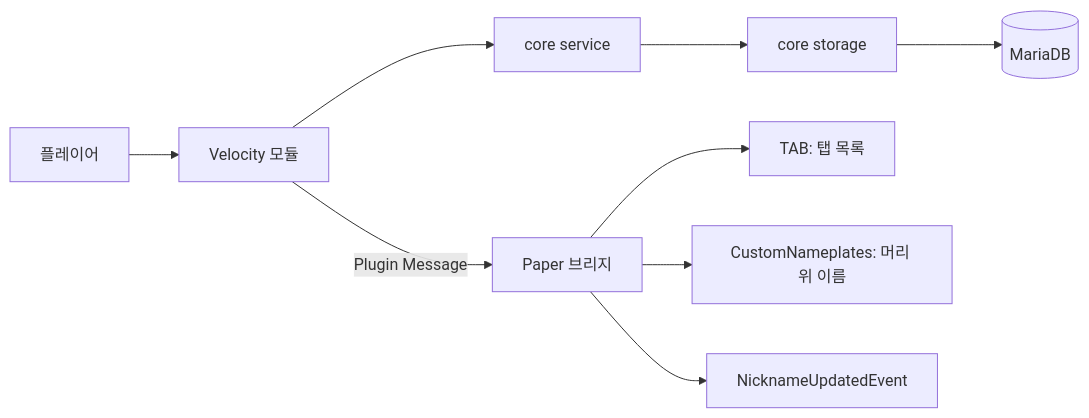
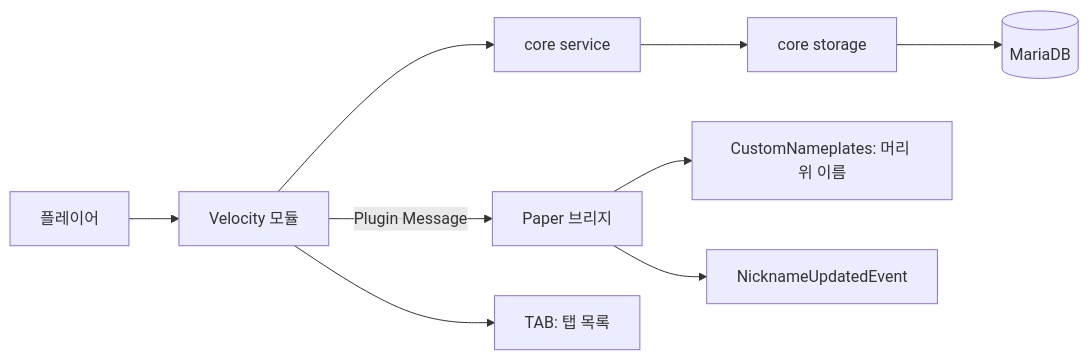
The diagram in DESIGN.md (astatine-mc/custom-nickname), drawn with Mermaid before and after one commit. The commit also changed other lines of this file and 30 other files, not shown here.

Commit message:
Expand source documentation and explain current architecture

````diff
--- a/DESIGN.md
+++ b/DESIGN.md
@@ -20,11 +22,11 @@
 ```mermaid
 flowchart LR
   Player[플레이어] --> Velocity[Velocity 모듈]
   Velocity --> Service[core service]
   Service --> Storage[core storage]
   Storage --> MariaDB[(MariaDB)]
   Velocity -->|Plugin Message| Bridge[Paper 브리지]
-  Bridge --> TAB[TAB: 탭 목록]
+  Velocity --> TAB[TAB: 탭 목록]
   Bridge --> Nameplates[CustomNameplates: 머리 위 이름]
   Bridge --> Event[NicknameUpdatedEvent]
 ```
````
